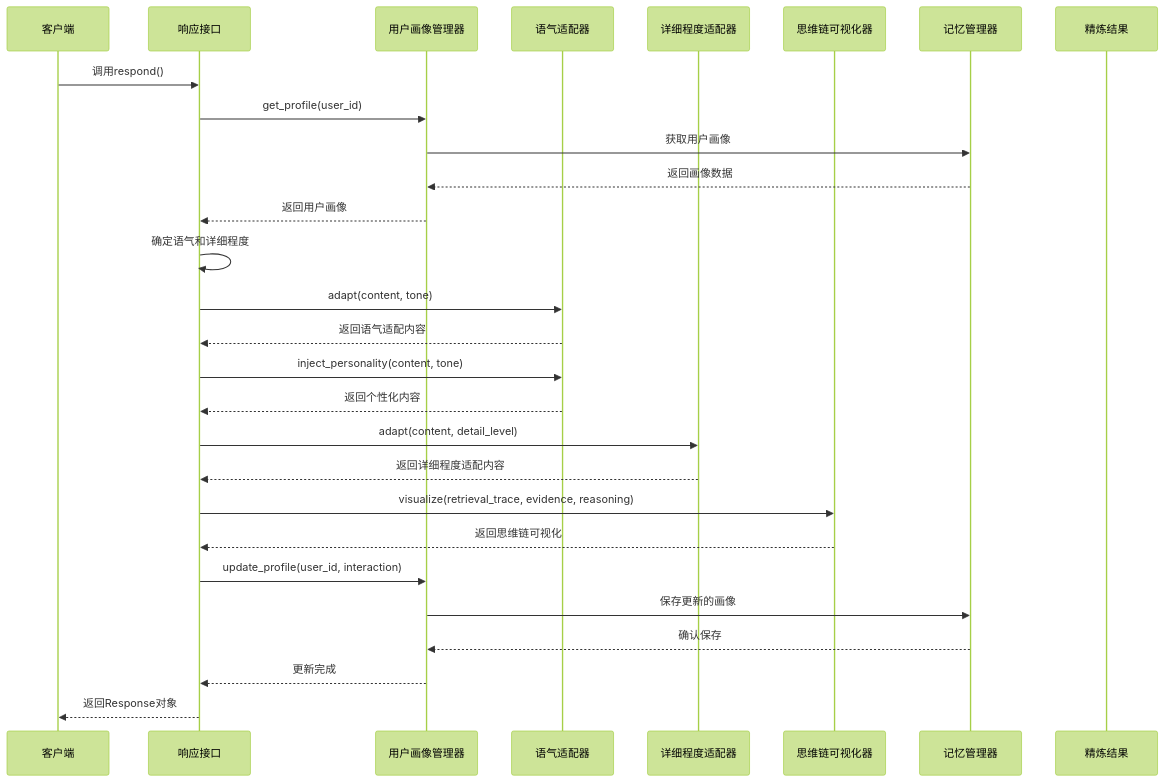
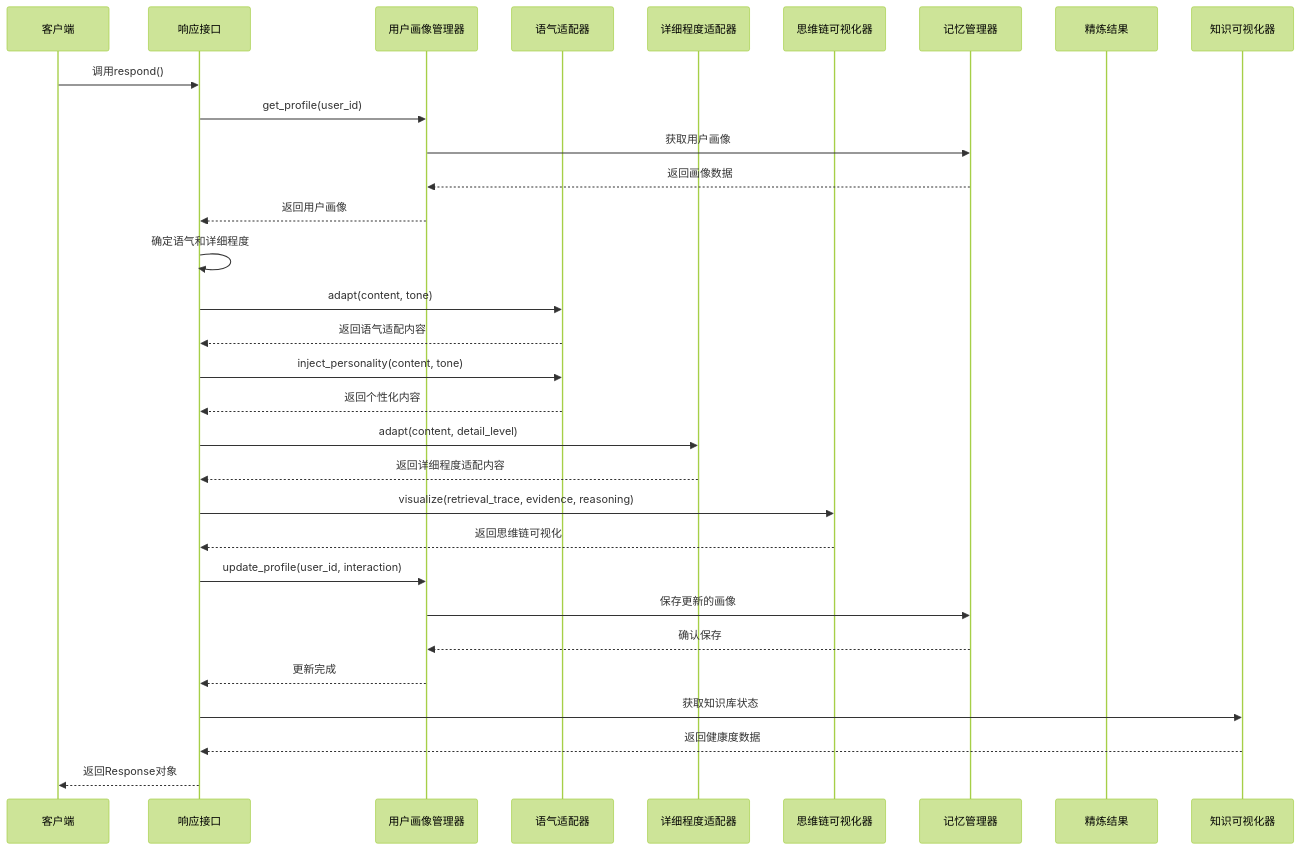
Before and after one commit to JieGaoPrinceton/NecoRAG: the second of 9 diagrams in .qoder/repowiki/zh/content/响应接口/响应接口.md, drawn with Mermaid (forest theme). The commit also changed other lines of this file and 15 other files, not shown here.

````diff
--- a/.qoder/repowiki/zh/content/响应接口/响应接口.md
+++ b/.qoder/repowiki/zh/content/响应接口/响应接口.md
@@ -124,30 +166,33 @@
 ```mermaid
 sequenceDiagram
 participant Client as 客户端
 participant Interface as 响应接口
 participant Profile as 用户画像管理器
 participant Tone as 语气适配器
 participant Detail as 详细程度适配器
 participant Visual as 思维链可视化器
 participant Memory as 记忆管理器
 participant Refinement as 精炼结果
+participant KVisual as 知识可视化器
 Client->>Interface : 调用respond()
 Interface->>Profile : get_profile(user_id)
 Profile->>Memory : 获取用户画像
 Memory-->>Profile : 返回画像数据
 Profile-->>Interface : 返回用户画像
 Interface->>Interface : 确定语气和详细程度
 Interface->>Tone : adapt(content, tone)
 Tone-->>Interface : 返回语气适配内容
 Interface->>Tone : inject_personality(content, tone)
 Tone-->>Interface : 返回个性化内容
 Interface->>Detail : adapt(content, detail_level)
 Detail-->>Interface : 返回详细程度适配内容
 Interface->>Visual : visualize(retrieval_trace, evidence, reasoning)
 Visual-->>Interface : 返回思维链可视化
 Interface->>Profile : update_profile(user_id, interaction)
 Profile->>Memory : 保存更新的画像
 Memory-->>Profile : 确认保存
 Profile-->>Interface : 更新完成
+Interface->>KVisual : 获取知识库状态
+KVisual-->>Interface : 返回健康度数据
 Interface-->>Client : 返回Response对象
 ```
````
